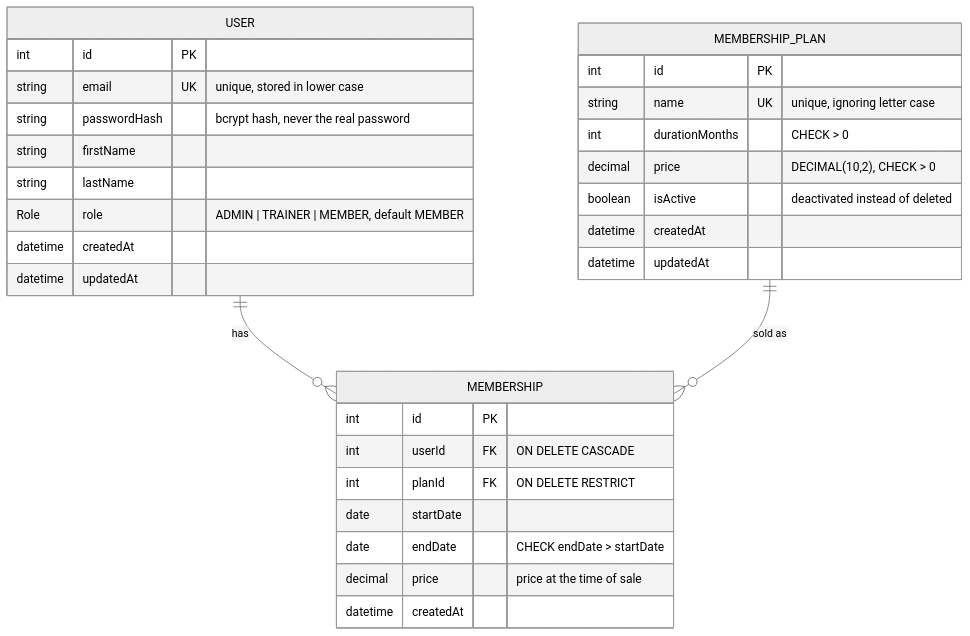
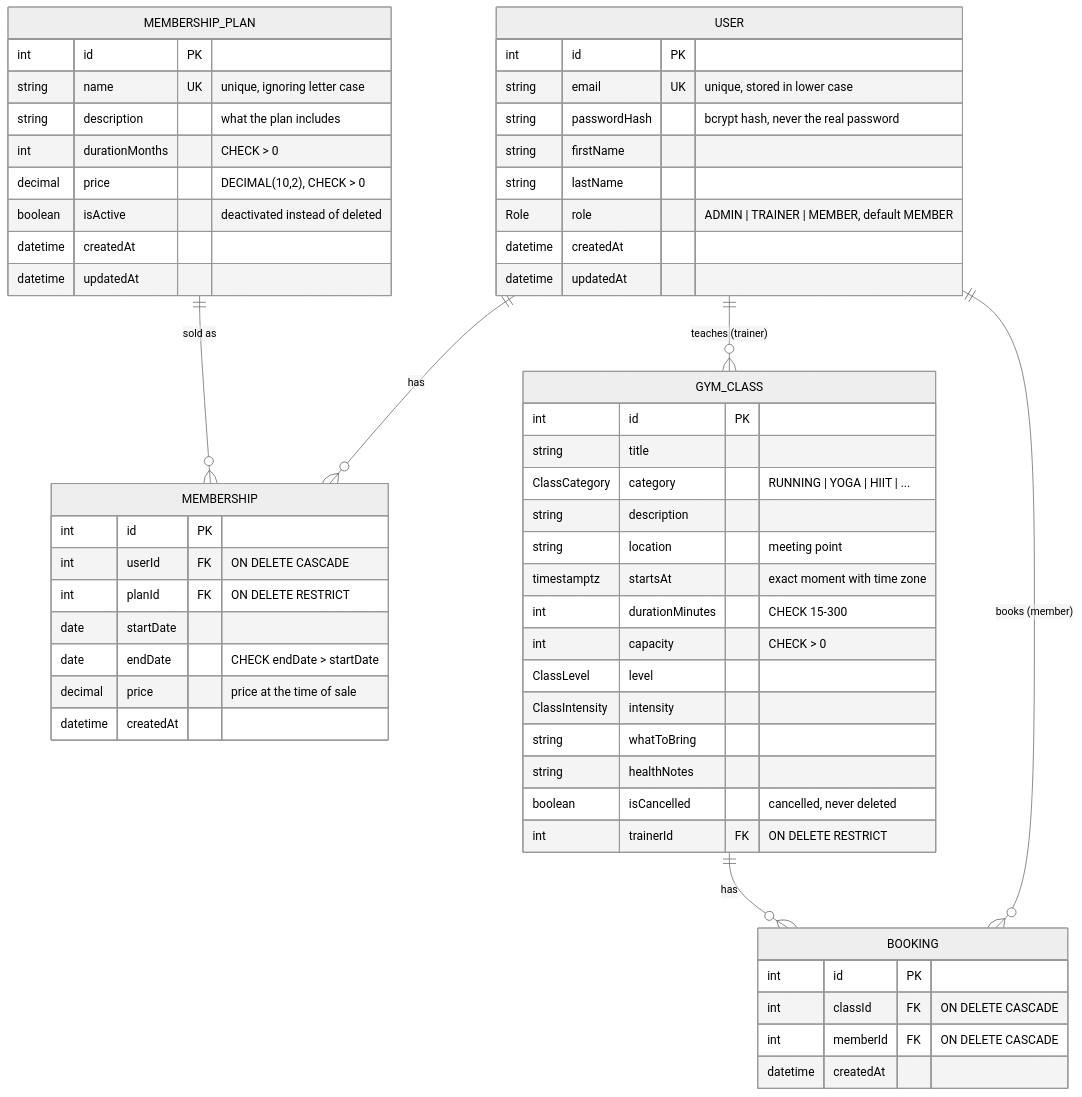
Before and after one commit to Yousifqayssar/gymflow: the first of 2 diagrams in docs/diagrams/er-diagram.md, drawn with Mermaid (neutral theme). The commit also changed other lines of this file and 4 other files, not shown here.

````diff
--- a/docs/diagrams/er-diagram.md
+++ b/docs/diagrams/er-diagram.md
@@ -7,34 +7,60 @@
 ```mermaid
 erDiagram
     USER ||--o{ MEMBERSHIP : "has"
     MEMBERSHIP_PLAN ||--o{ MEMBERSHIP : "sold as"
+    USER ||--o{ GYM_CLASS : "teaches (trainer)"
+    GYM_CLASS ||--o{ BOOKING : "has"
+    USER ||--o{ BOOKING : "books (member)"
 
     USER {
         int id PK
         string email UK "unique, stored in lower case"
         string passwordHash "bcrypt hash, never the real password"
         string firstName
         string lastName
         Role role "ADMIN | TRAINER | MEMBER, default MEMBER"
         datetime createdAt
         datetime updatedAt
     }
     MEMBERSHIP_PLAN {
         int id PK
         string name UK "unique, ignoring letter case"
+        string description "what the plan includes"
         int durationMonths "CHECK > 0"
         decimal price "DECIMAL(10,2), CHECK > 0"
         boolean isActive "deactivated instead of deleted"
         datetime createdAt
         datetime updatedAt
     }
     MEMBERSHIP {
         int id PK
         int userId FK "ON DELETE CASCADE"
         int planId FK "ON DELETE RESTRICT"
         date startDate
         date endDate "CHECK endDate > startDate"
         decimal price "price at the time of sale"
         datetime createdAt
     }
+    GYM_CLASS {
+        int id PK
+        string title
+        ClassCategory category "RUNNING | YOGA | HIIT | ..."
+        string description
+        string location "meeting point"
+        timestamptz startsAt "exact moment with time zone"
+        int durationMinutes "CHECK 15-300"
+        int capacity "CHECK > 0"
+        ClassLevel level
+        ClassIntensity intensity
+        string whatToBring
+        string healthNotes
+        boolean isCancelled "cancelled, never deleted"
+        int trainerId FK "ON DELETE RESTRICT"
+    }
+    BOOKING {
+        int id PK
+        int classId FK "ON DELETE CASCADE"
+        int memberId FK "ON DELETE CASCADE"
+        datetime createdAt
+    }
 ```
````
